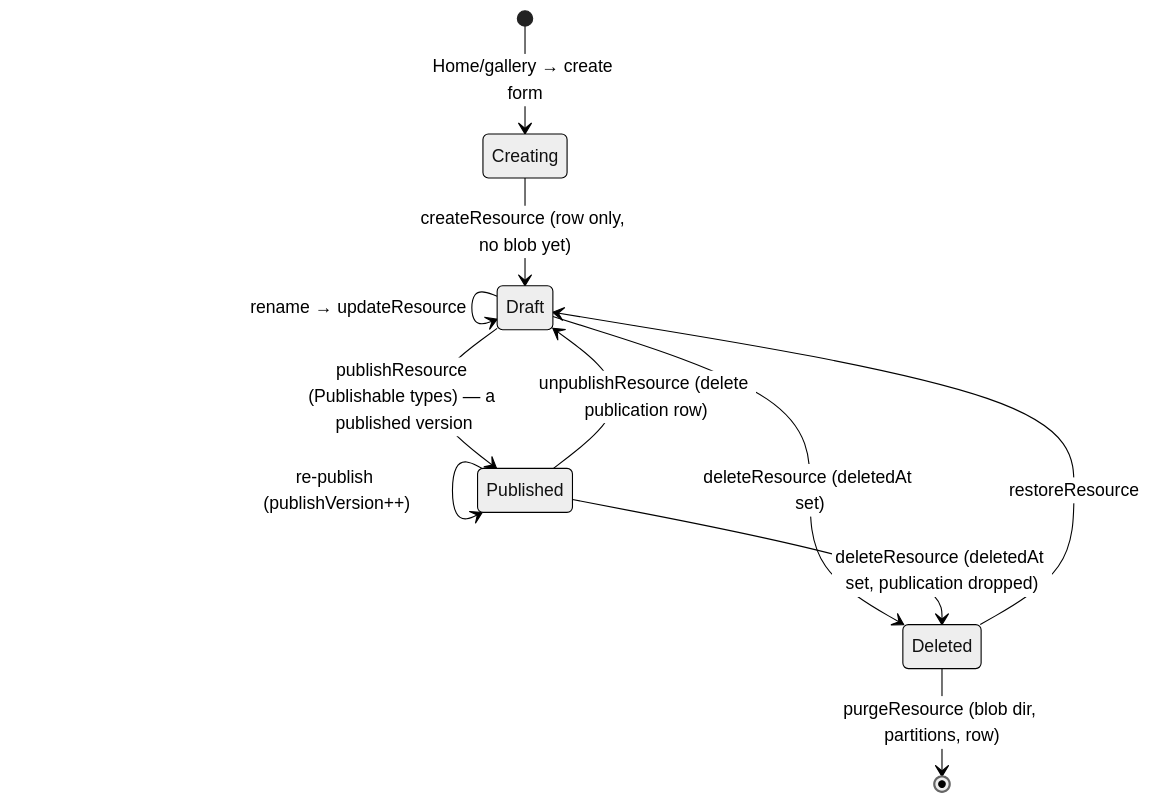
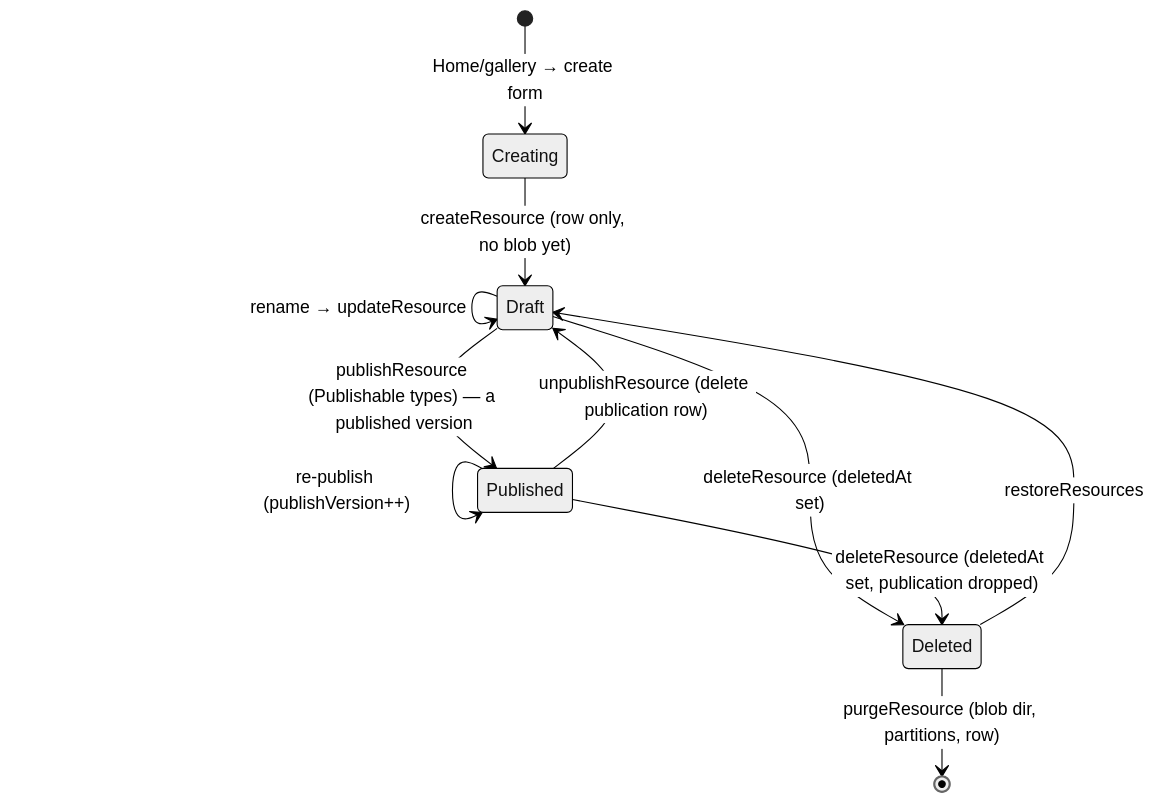
Before and after one commit to Esposter/Esposter: the second of 2 diagrams in apps/web/content/docs/resource/explorer.md, drawn with Mermaid (neutral theme). The commit also changed 15 other files, not shown here.

````diff
--- a/apps/web/content/docs/resource/explorer.md
+++ b/apps/web/content/docs/resource/explorer.md
@@ -133,14 +133,14 @@
 ```mermaid
 stateDiagram-v2
   [*] --> Creating: Home/gallery → create form
   Creating --> Draft: createResource (row only, no blob yet)
   Draft --> Draft: edit blade → saveResourceContent (contentVersion++)
   Draft --> Draft: rename → updateResource
   Draft --> Published: publishResource (Publishable types) — a published version
   Published --> Published: re-publish (publishVersion++)
   Published --> Draft: unpublishResource (delete publication row)
   Draft --> Deleted: deleteResource (deletedAt set)
   Published --> Deleted: deleteResource (deletedAt set, publication dropped)
-  Deleted --> Draft: restoreResource
+  Deleted --> Draft: restoreResources
   Deleted --> [*]: purgeResource (blob dir, partitions, row)
 ```
````
